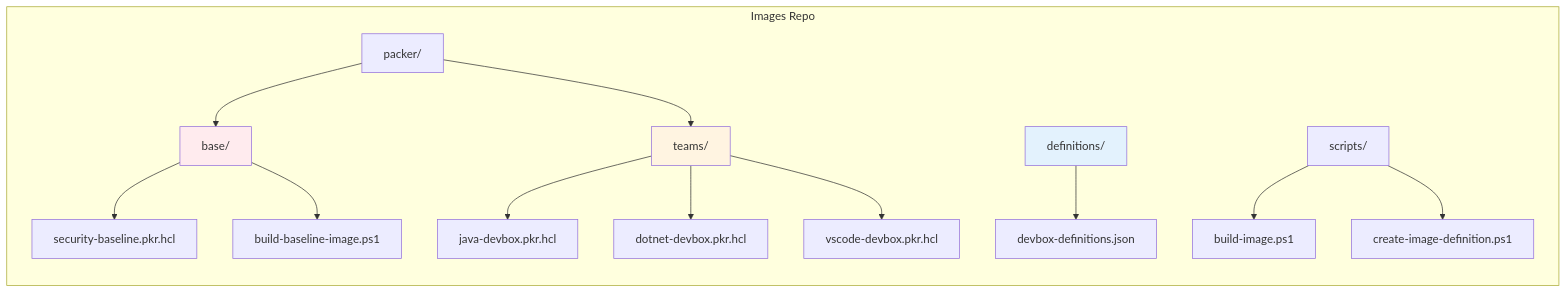
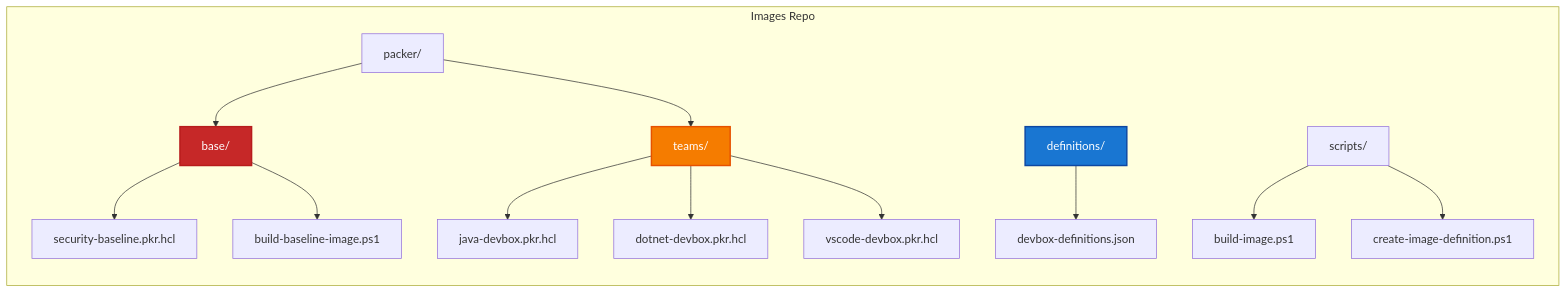
The third of 16 diagrams in terraform/devbox-with-multi-images-and-roles/docs/ARCHITECTURE-DIAGRAMS.md (aj-enns/microsoft.devcenter), drawn with Mermaid before and after one commit. The commit also changed other lines of this file, not shown here.

Commit message:
style: Update architecture diagrams with new color scheme for improved clarity

````diff
--- a/terraform/devbox-with-multi-images-and-roles/docs/ARCHITECTURE-DIAGRAMS.md
+++ b/terraform/devbox-with-multi-images-and-roles/docs/ARCHITECTURE-DIAGRAMS.md
@@ -125,28 +125,28 @@
 ```mermaid
 graph TB
     subgraph "Images Repo"
         direction TB
         A[packer/]
         B[definitions/]
         C[scripts/]
         
         A --> A1[base/]
         A --> A2[teams/]
         
         A1 --> A1a[security-baseline.pkr.hcl]
         A1 --> A1b[build-baseline-image.ps1]
         
         A2 --> A2a[java-devbox.pkr.hcl]
         A2 --> A2b[dotnet-devbox.pkr.hcl]
         A2 --> A2c[vscode-devbox.pkr.hcl]
         
         B --> B1[devbox-definitions.json]
         
         C --> C1[build-image.ps1]
         C --> C2[create-image-definition.ps1]
     end
     
-    style A1 fill:#ffebee
-    style A2 fill:#fff4e1
-    style B fill:#e3f2fd
+    style A1 fill:#c62828,stroke:#b71c1c,stroke-width:2px,color:#fff
+    style A2 fill:#f57c00,stroke:#e65100,stroke-width:2px,color:#fff
+    style B fill:#1976d2,stroke:#0d47a1,stroke-width:2px,color:#fff
 ```
````
